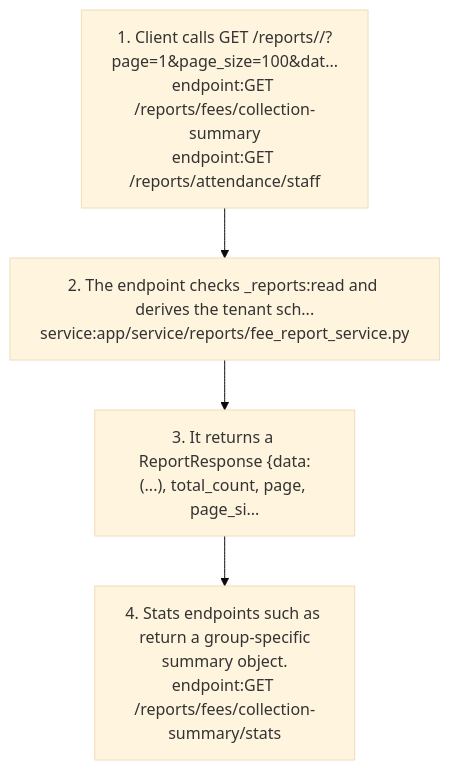
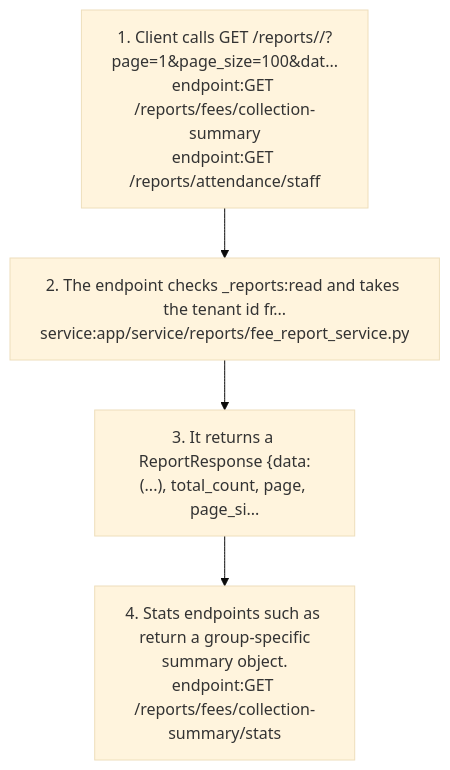
The fourth of 6 diagrams in docs/graph/views/reports-dashboards.md (nerellasraj21/cos360_full_app), drawn with Mermaid (base theme) before and after one commit. The commit also changed other lines of this file and 96 other files, not shown here.

First line of the commit message:
Convert Celery tasks and remaining per-schema code to tenant ids

````diff
--- a/docs/graph/views/reports-dashboards.md
+++ b/docs/graph/views/reports-dashboards.md
@@ -239,10 +243,10 @@
 ```mermaid
 flowchart TD
   s1["1. Client calls GET /reports/<group>/<report>?page=1&page_size=100&dat...<br/>endpoint:GET /reports/fees/collection-summary<br/>endpoint:GET /reports/attendance/staff"]
-  s2["2. The endpoint checks <group>_reports:read and derives the tenant sch...<br/>service:app/service/reports/fee_report_service.py"]
+  s2["2. The endpoint checks <group>_reports:read and takes the tenant id fr...<br/>service:app/service/reports/fee_report_service.py"]
   s1 --> s2
   s3["3. It returns a ReportResponse {data:(...), total_count, page, page_si..."]
   s2 --> s3
   s4["4. Stats endpoints such as  return a group-specific summary object.<br/>endpoint:GET /reports/fees/collection-summary/stats"]
   s3 --> s4
 ```
````
